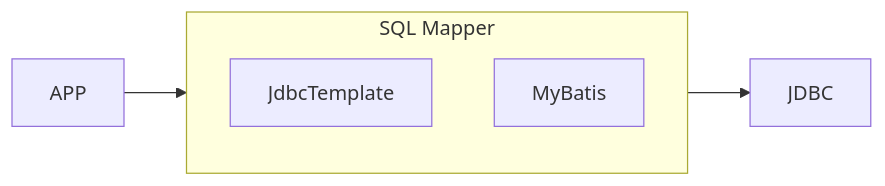
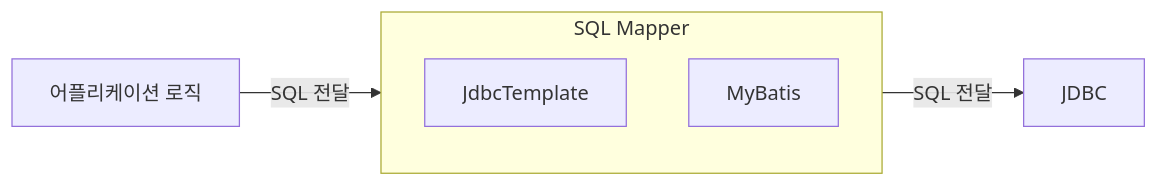
Before and after one commit to choiexe1/blog: the sixth of 7 diagrams in content/Resources/프로그래밍/Java/김영한의 스프링/DB 1편/1. JDBC 이해.md, drawn with Mermaid. The commit also changed other lines of this file and 1 other file, not shown here.

````diff
--- a/content/Resources/프로그래밍/Java/김영한의 스프링/DB 1편/1. JDBC 이해.md
+++ b/content/Resources/프로그래밍/Java/김영한의 스프링/DB 1편/1. JDBC 이해.md
@@ -142,9 +142,9 @@
 ```mermaid
 graph LR
-subgraph Mapper["SQL Mapper"]
+subgraph Mapper[SQL Mapper]
 	JdbcTemplate
 	MyBatis
 end
 
-APP --> Mapper["SQL Mapper"] --> JDBC
+APP[어플리케이션 로직] -->|SQL 전달| Mapper -->|SQL 전달| JDBC
 ```
````
